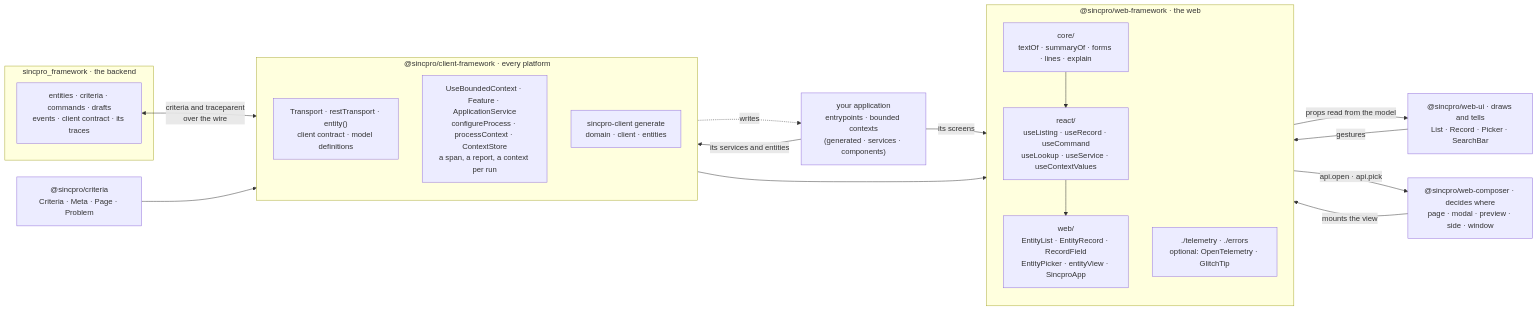
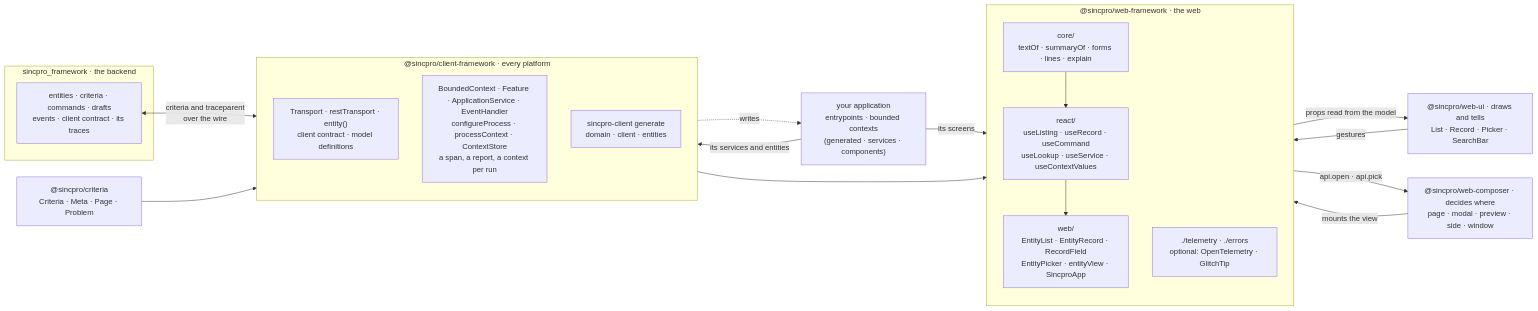
The first of 4 diagrams in README.md (Sincpro-SRL/sincpro_web_framework), drawn with Mermaid before and after one commit. The commit also changed other lines of this file and 24 other files, not shown here.

````diff
--- a/README.md
+++ b/README.md
@@ -86,35 +86,35 @@
 ```mermaid
 flowchart LR
   subgraph server["sincpro_framework · the backend"]
     api["entities · criteria · commands · drafts<br/>events · client contract · its traces"]
   end
   criteria["@sincpro/criteria<br/>Criteria · Meta · Page · Problem"]
   subgraph cf["@sincpro/client-framework · every platform"]
     direction TB
     wire["Transport · restTransport · entity()<br/>client contract · model definitions"]
-    services["UseBoundedContext · Feature · ApplicationService<br/>configureProcess · processContext · ContextStore<br/>a span, a report, a context per run"]
+    services["BoundedContext · Feature · ApplicationService · EventHandler<br/>configureProcess · processContext · ContextStore<br/>a span, a report, a context per run"]
     generator["sincpro-client generate<br/>domain · client · entities"]
   end
   subgraph fw["@sincpro/web-framework · the web"]
     direction TB
     core["core/<br/>textOf · summaryOf · forms · lines · explain"]
     react["react/<br/>useListing · useRecord · useCommand<br/>useLookup · useService · useContextValues"]
     web["web/<br/>EntityList · EntityRecord · RecordField<br/>EntityPicker · entityView · SincproApp"]
     optional["./telemetry · ./errors<br/>optional: OpenTelemetry · GlitchTip"]
     core --> react --> web
   end
   ui["@sincpro/web-ui · draws and tells<br/>List · Record · Picker · SearchBar"]
   composer["@sincpro/web-composer · decides where<br/>page · modal · preview · side · window"]
   app["your application<br/>entrypoints · bounded contexts<br/>(generated · services · components)"]
 
   api <-->|"criteria and traceparent<br/>over the wire"| wire
   criteria --> cf
   cf --> fw
   web -->|"props read from the model"| ui
   ui -->|"gestures"| web
   web -->|"api.open · api.pick"| composer
   composer -->|"mounts the view"| web
   generator -.->|"writes"| app
   app -->|"its services and entities"| cf
   app -->|"its screens"| fw
 ```
````
